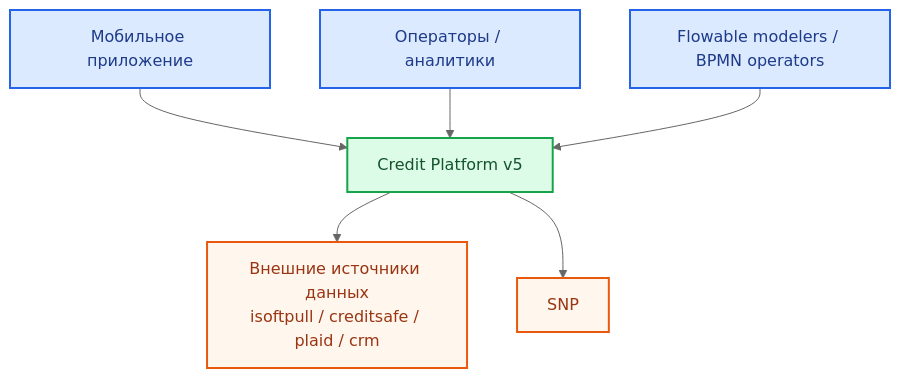
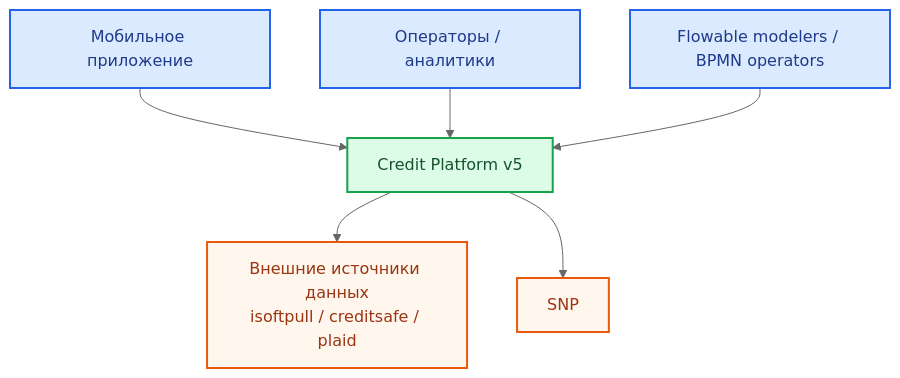
Before and after one commit to dlllmbeck777/bpmn_project: the first of 6 diagrams in docs/ARCHITECTURE_C4_RU.md, drawn with Mermaid (neutral theme). The commit also changed other lines of this file and 25 other files, not shown here.

````diff
--- a/docs/ARCHITECTURE_C4_RU.md
+++ b/docs/ARCHITECTURE_C4_RU.md
@@ -25,19 +25,19 @@
 ```mermaid
 flowchart TB
     classDef user fill:#dbeafe,stroke:#2563eb,color:#1e3a8a,stroke-width:2px;
     classDef system fill:#dcfce7,stroke:#16a34a,color:#14532d,stroke-width:2px;
     classDef ext fill:#fff7ed,stroke:#ea580c,color:#9a3412,stroke-width:2px;
 
     Mobile["Мобильное приложение"]:::user
     Ops["Операторы / аналитики"]:::user
     Platform["Credit Platform v5"]:::system
-    Bureaus["Внешние источники данных<br/>isoftpull / creditsafe / plaid / crm"]:::ext
+    Bureaus["Внешние источники данных<br/>isoftpull / creditsafe / plaid"]:::ext
     Snp["SNP"]:::ext
     FlowableActor["Flowable modelers / BPMN operators"]:::user
 
     Mobile --> Platform
     Ops --> Platform
     FlowableActor --> Platform
     Platform --> Bureaus
     Platform --> Snp
 ```
````
